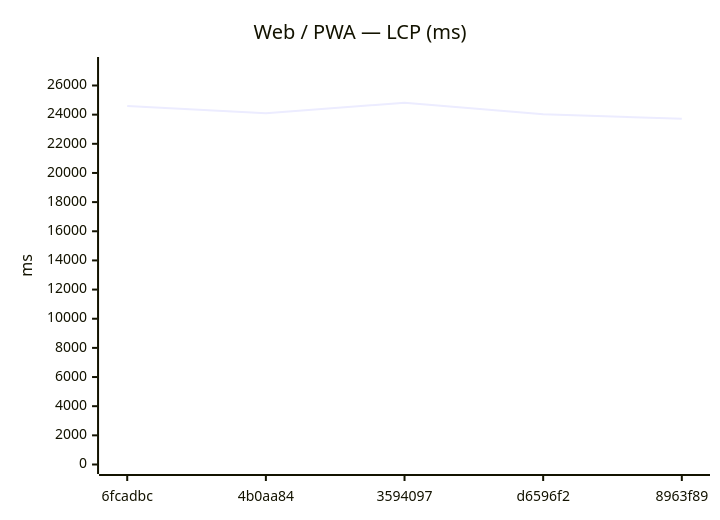
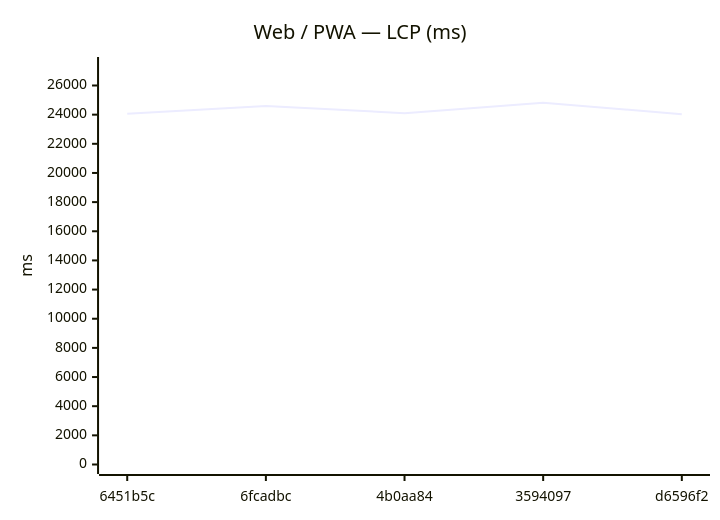
The fifth of 12 diagrams in benchmarks/compare.md (Metaheurist/Rianell), drawn with Mermaid before and after one commit. The commit also changed other lines of this file and 8 other files, not shown here.

````diff
--- a/benchmarks/compare.md
+++ b/benchmarks/compare.md
@@ -82,7 +82,7 @@
 ```mermaid
 xychart-beta
     title "Web / PWA — LCP (ms)"
-    x-axis ["6fcadbc", "4b0aa84", "3594097", "d6596f2", "8963f89"]
+    x-axis ["6451b5c", "6fcadbc", "4b0aa84", "3594097", "d6596f2"]
     y-axis "ms" 0 --> 27303
-    line [24599, 24101, 24820, 24030, 23715]
+    line [24056, 24599, 24101, 24820, 24030]
 ```
````
